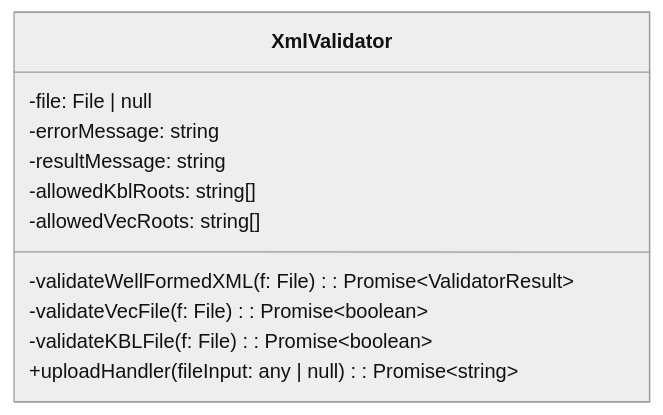
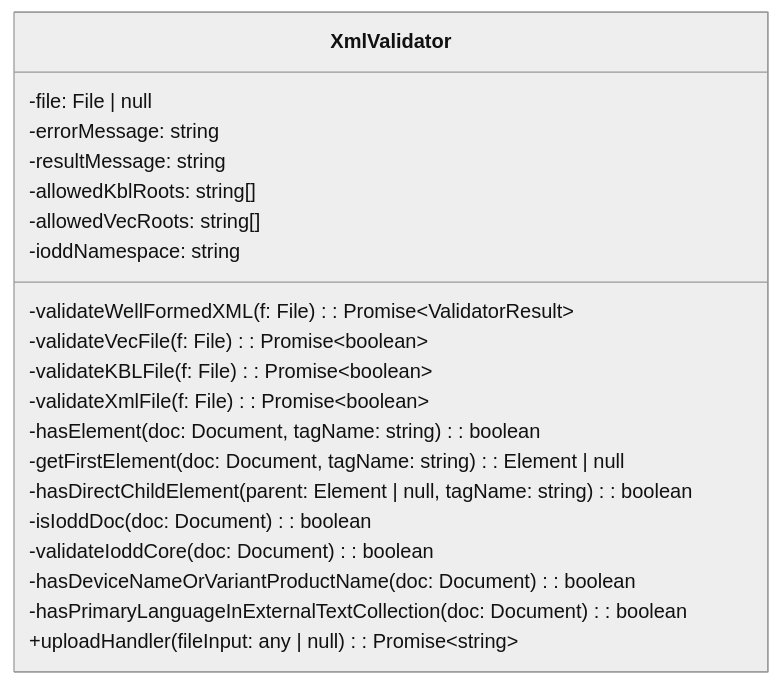
The first of 2 diagrams in PROJECT/UC01-Infos.md (DHBW-TINF24F/Team3-Basyx-Editor), drawn with Mermaid (neutral theme) before and after one commit. The commit also changed other lines of this file, not shown here.

````diff
--- a/PROJECT/UC01-Infos.md
+++ b/PROJECT/UC01-Infos.md
@@ -8,17 +17,29 @@
 ```mermaid
 %%{init: {'classDiagram': {'nodeSpacing': 100}}}%%
 classDiagram
 
 class XmlValidator {
     -file: File | null
     -errorMessage: string
     -resultMessage: string
     -allowedKblRoots: string[]
     -allowedVecRoots: string[]
+    -ioddNamespace: string
 
     -validateWellFormedXML(f: File): Promise~ValidatorResult~
     -validateVecFile(f: File): Promise~boolean~
     -validateKBLFile(f: File): Promise~boolean~
+    -validateXmlFile(f: File): Promise~boolean~
+
+    -hasElement(doc: Document, tagName: string): boolean
+    -getFirstElement(doc: Document, tagName: string): Element | null
+    -hasDirectChildElement(parent: Element | null, tagName: string): boolean
+
+    -isIoddDoc(doc: Document): boolean
+    -validateIoddCore(doc: Document): boolean
+    -hasDeviceNameOrVariantProductName(doc: Document): boolean
+    -hasPrimaryLanguageInExternalTextCollection(doc: Document): boolean
+
     +uploadHandler(fileInput: any | null): Promise~string~
 }
 ```
````
